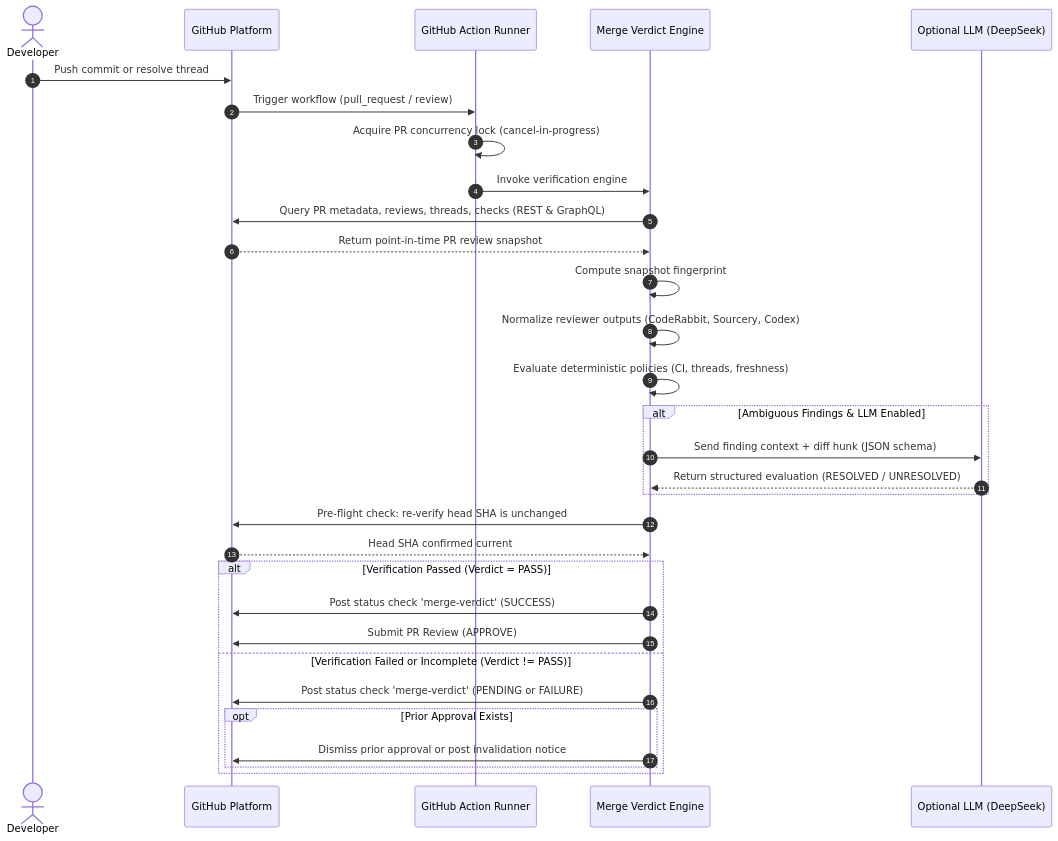
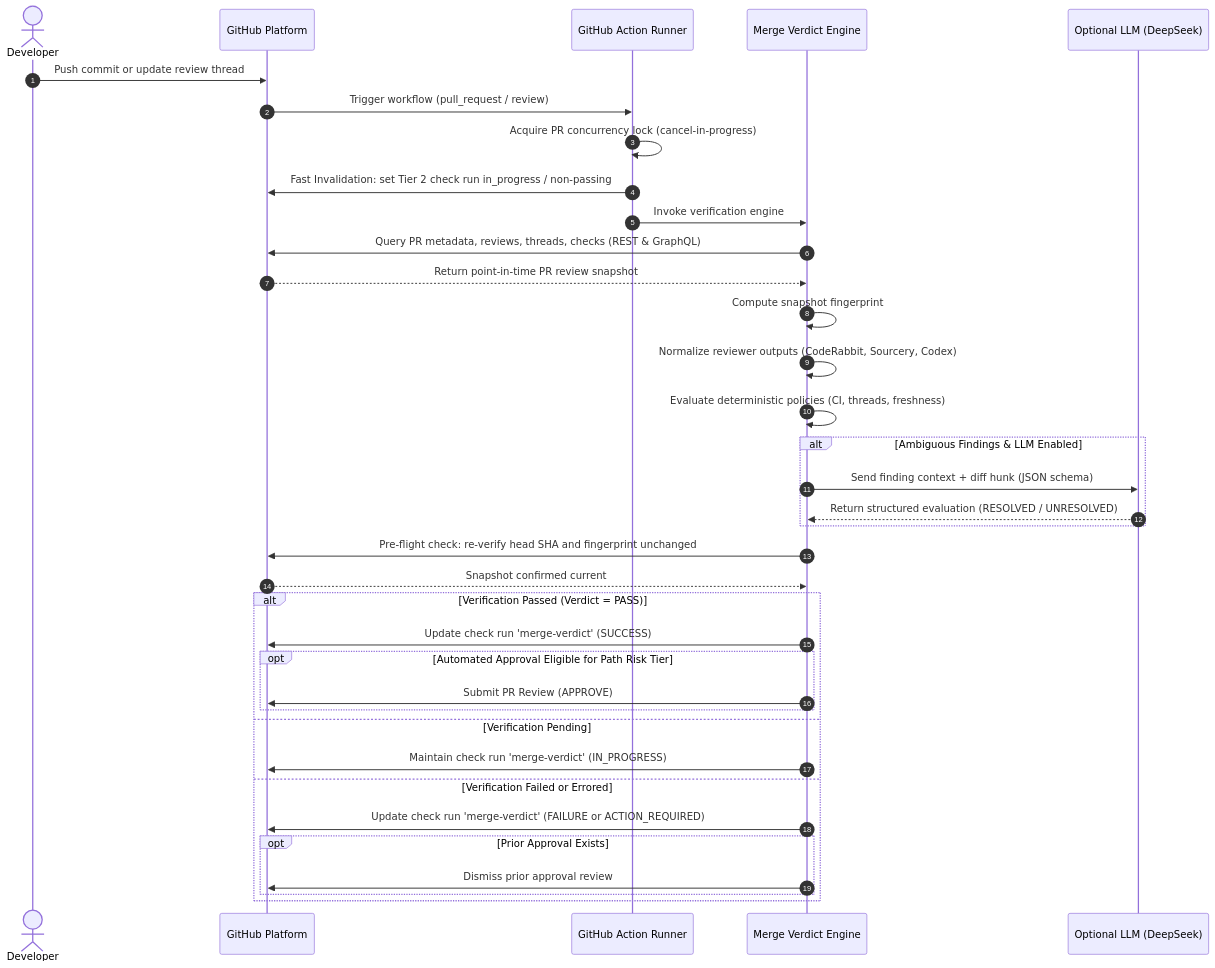
Before and after one commit to gordonpn/merge-verdict: the second of 2 diagrams in docs/architecture.md, drawn with Mermaid. The commit also changed other lines of this file and 10 other files, not shown here.

````diff
--- a/docs/architecture.md
+++ b/docs/architecture.md
@@ -150,39 +163,44 @@
 ```mermaid
 sequenceDiagram
     autonumber
     actor Dev as Developer
     participant GH as GitHub Platform
     participant WF as GitHub Action Runner
     participant Core as Merge Verdict Engine
     participant LLM as Optional LLM (DeepSeek)
 
-    Dev->>GH: Push commit or resolve thread
+    Dev->>GH: Push commit or update review thread
     GH->>WF: Trigger workflow (pull_request / review)
     WF->>WF: Acquire PR concurrency lock (cancel-in-progress)
+    WF->>GH: Fast Invalidation: set Tier 2 check run in_progress / non-passing
     WF->>Core: Invoke verification engine
 
     Core->>GH: Query PR metadata, reviews, threads, checks (REST & GraphQL)
     GH-->>Core: Return point-in-time PR review snapshot
 
     Core->>Core: Compute snapshot fingerprint
     Core->>Core: Normalize reviewer outputs (CodeRabbit, Sourcery, Codex)
     Core->>Core: Evaluate deterministic policies (CI, threads, freshness)
 
     alt Ambiguous Findings & LLM Enabled
         Core->>LLM: Send finding context + diff hunk (JSON schema)
         LLM-->>Core: Return structured evaluation (RESOLVED / UNRESOLVED)
     end
 
-    Core->>GH: Pre-flight check: re-verify head SHA is unchanged
-    GH-->>Core: Head SHA confirmed current
+    Core->>GH: Pre-flight check: re-verify head SHA and fingerprint unchanged
+    GH-->>Core: Snapshot confirmed current
 
     alt Verification Passed (Verdict = PASS)
-        Core->>GH: Post status check 'merge-verdict' (SUCCESS)
-        Core->>GH: Submit PR Review (APPROVE)
-    else Verification Failed or Incomplete (Verdict != PASS)
-        Core->>GH: Post status check 'merge-verdict' (PENDING or FAILURE)
+        Core->>GH: Update check run 'merge-verdict' (SUCCESS)
+        opt Automated Approval Eligible for Path Risk Tier
+            Core->>GH: Submit PR Review (APPROVE)
+        end
+    else Verification Pending
+        Core->>GH: Maintain check run 'merge-verdict' (IN_PROGRESS)
+    else Verification Failed or Errored
+        Core->>GH: Update check run 'merge-verdict' (FAILURE or ACTION_REQUIRED)
         opt Prior Approval Exists
-            Core->>GH: Dismiss prior approval or post invalidation notice
+            Core->>GH: Dismiss prior approval review
         end
     end
 ```
````
